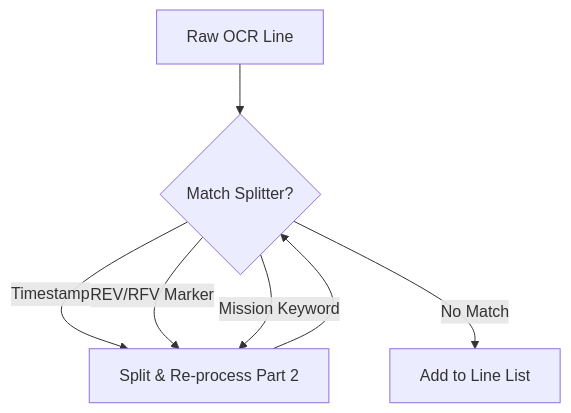
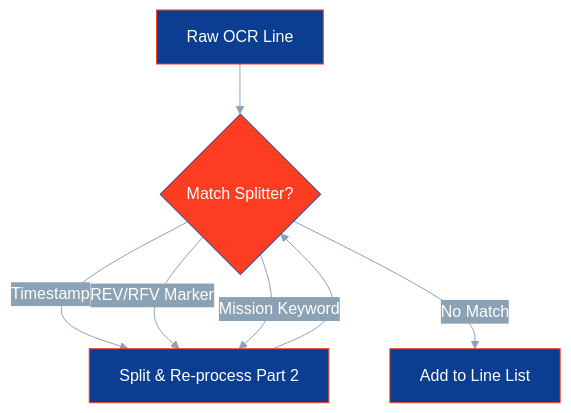
Before and after one commit to JeanLouisParent/Nasa-Transcript-Processor: the first of 2 diagrams in docs/POST_PROCESSING.md, drawn with Mermaid. The commit also changed other lines of this file and 2 other files, not shown here.

Commit message:
docs: add stylized NASA-themed Mermaid diagrams to all documentation

````diff
--- a/docs/POST_PROCESSING.md
+++ b/docs/POST_PROCESSING.md
@@ -23,9 +23,12 @@
 ```mermaid
+%%{init: {'theme': 'base', 'themeVariables': { 'primaryColor': '#0B3D91', 'primaryTextColor': '#fff', 'primaryBorderColor': '#FC3D21', 'lineColor': '#8BA1B4', 'secondaryColor': '#8BA1B4', 'tertiaryColor': '#fff'}}}%%
 graph TD
     A[Raw OCR Line] --> B{Match Splitter?}
     B -- Timestamp --> C[Split & Re-process Part 2]
     B -- REV/RFV Marker --> C
     B -- Mission Keyword --> C
     B -- No Match --> D[Add to Line List]
     C --> B
+    
+    style B fill:#FC3D21,stroke:#0B3D91,color:#fff
 ```
````
